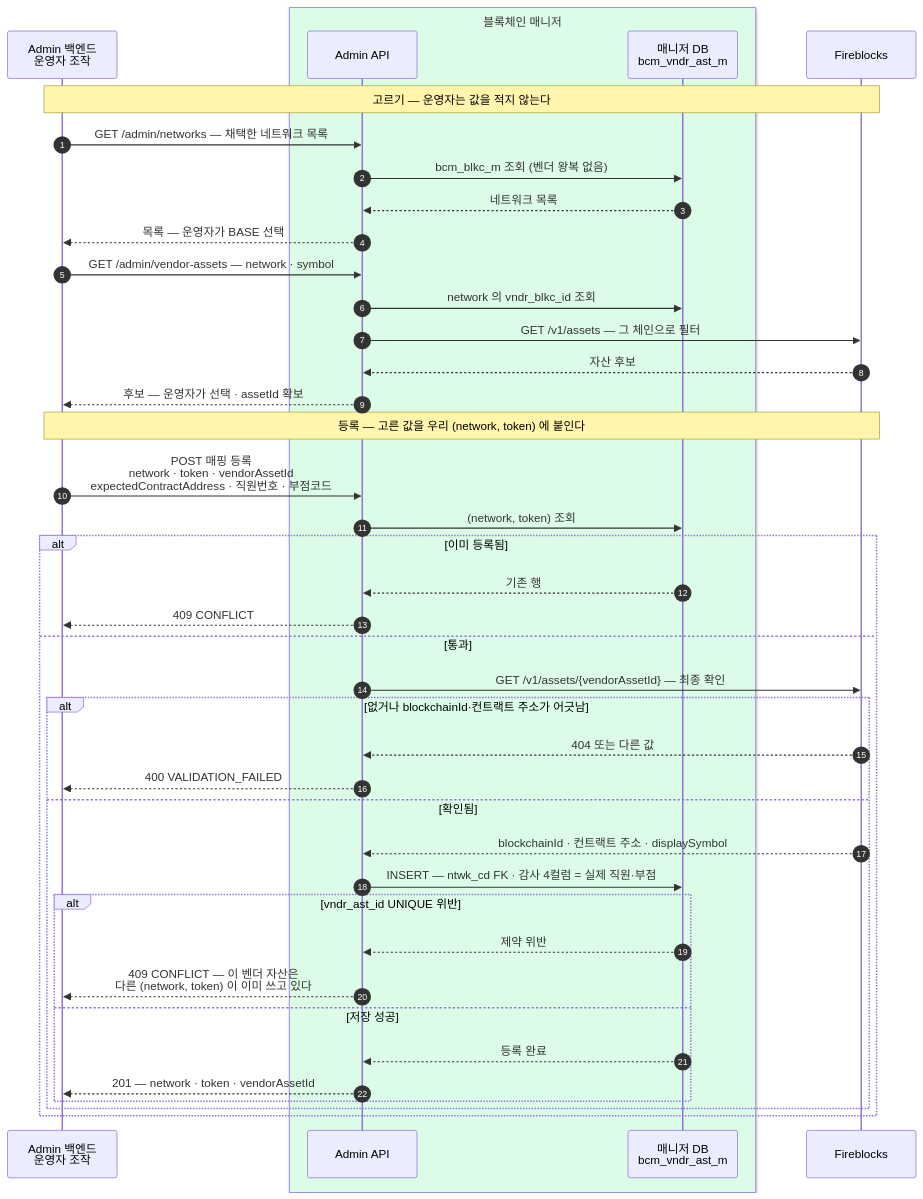
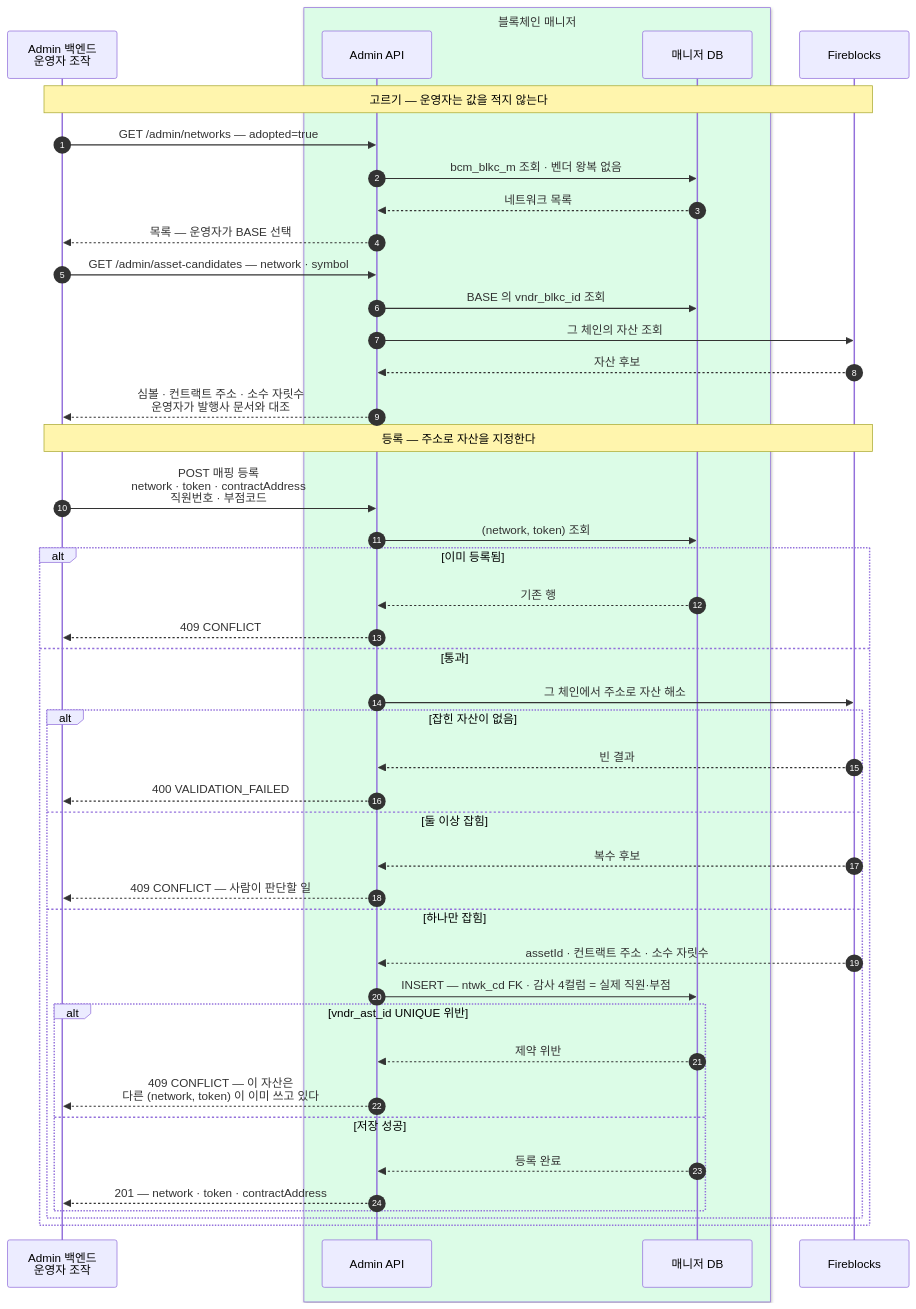
The diagram in blockchain-manager/docs/BC/설계/07-asset-master.md (eunsujeo/eunpus), drawn with Mermaid before and after one commit. The commit also changed other lines of this file and 6 other files, not shown here.

First line of the commit message:
Admin API 를 스펙에 명시 — 벤더 어휘를 계약 밖으로 (0.2.0)

````diff
--- a/blockchain-manager/docs/BC/설계/07-asset-master.md
+++ b/blockchain-manager/docs/BC/설계/07-asset-master.md
@@ -118,45 +124,48 @@
 ```mermaid
 sequenceDiagram
     autonumber
     participant ADM as Admin 백엔드<br/>운영자 조작
     box rgb(220,252,231) 블록체인 매니저
     participant API as Admin API
-    participant MDB as 매니저 DB<br/>bcm_vndr_ast_m
+    participant MDB as 매니저 DB
     end
     participant FB as Fireblocks
 
     Note over ADM,FB: 고르기 — 운영자는 값을 적지 않는다
-    ADM->>API: GET /admin/networks — 채택한 네트워크 목록
-    API->>MDB: bcm_blkc_m 조회 (벤더 왕복 없음)
+    ADM->>API: GET /admin/networks — adopted=true
+    API->>MDB: bcm_blkc_m 조회 · 벤더 왕복 없음
     MDB-->>API: 네트워크 목록
     API-->>ADM: 목록 — 운영자가 BASE 선택
-    ADM->>API: GET /admin/vendor-assets — network · symbol
-    API->>MDB: network 의 vndr_blkc_id 조회
-    API->>FB: GET /v1/assets — 그 체인으로 필터
+    ADM->>API: GET /admin/asset-candidates — network · symbol
+    API->>MDB: BASE 의 vndr_blkc_id 조회
+    API->>FB: 그 체인의 자산 조회
     FB-->>API: 자산 후보
-    API-->>ADM: 후보 — 운영자가 선택 · assetId 확보
+    API-->>ADM: 심볼 · 컨트랙트 주소 · 소수 자릿수<br/>운영자가 발행사 문서와 대조
 
-    Note over ADM,FB: 등록 — 고른 값을 우리 (network, token) 에 붙인다
-    ADM->>API: POST 매핑 등록<br/>network · token · vendorAssetId<br/>expectedContractAddress · 직원번호 · 부점코드
+    Note over ADM,FB: 등록 — 주소로 자산을 지정한다
+    ADM->>API: POST 매핑 등록<br/>network · token · contractAddress<br/>직원번호 · 부점코드
     API->>MDB: (network, token) 조회
     alt 이미 등록됨
         MDB-->>API: 기존 행
         API-->>ADM: 409 CONFLICT
     else 통과
-        API->>FB: GET /v1/assets/{vendorAssetId} — 최종 확인
-        alt 없거나 blockchainId·컨트랙트 주소가 어긋남
-            FB-->>API: 404 또는 다른 값
+        API->>FB: 그 체인에서 주소로 자산 해소
+        alt 잡힌 자산이 없음
+            FB-->>API: 빈 결과
             API-->>ADM: 400 VALIDATION_FAILED
-        else 확인됨
-            FB-->>API: blockchainId · 컨트랙트 주소 · displaySymbol
+        else 둘 이상 잡힘
+            FB-->>API: 복수 후보
+            API-->>ADM: 409 CONFLICT — 사람이 판단할 일
+        else 하나만 잡힘
+            FB-->>API: assetId · 컨트랙트 주소 · 소수 자릿수
             API->>MDB: INSERT — ntwk_cd FK · 감사 4컬럼 = 실제 직원·부점
             alt vndr_ast_id UNIQUE 위반
                 MDB-->>API: 제약 위반
-                API-->>ADM: 409 CONFLICT — 이 벤더 자산은<br/>다른 (network, token) 이 이미 쓰고 있다
+                API-->>ADM: 409 CONFLICT — 이 자산은<br/>다른 (network, token) 이 이미 쓰고 있다
             else 저장 성공
                 MDB-->>API: 등록 완료
-                API-->>ADM: 201 — network · token · vendorAssetId
+                API-->>ADM: 201 — network · token · contractAddress
             end
         end
     end
 ```
````
